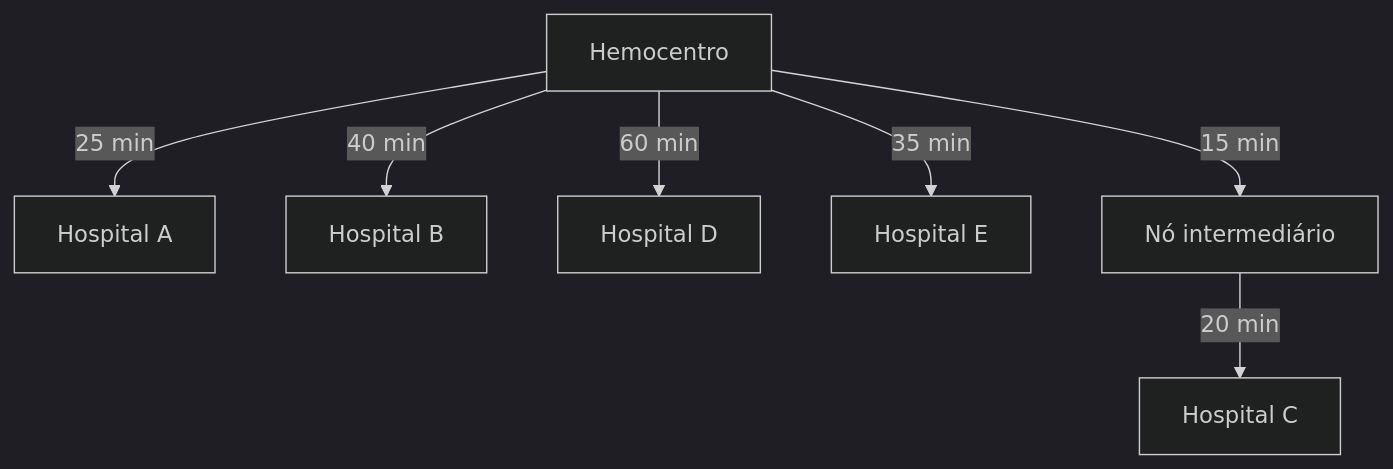
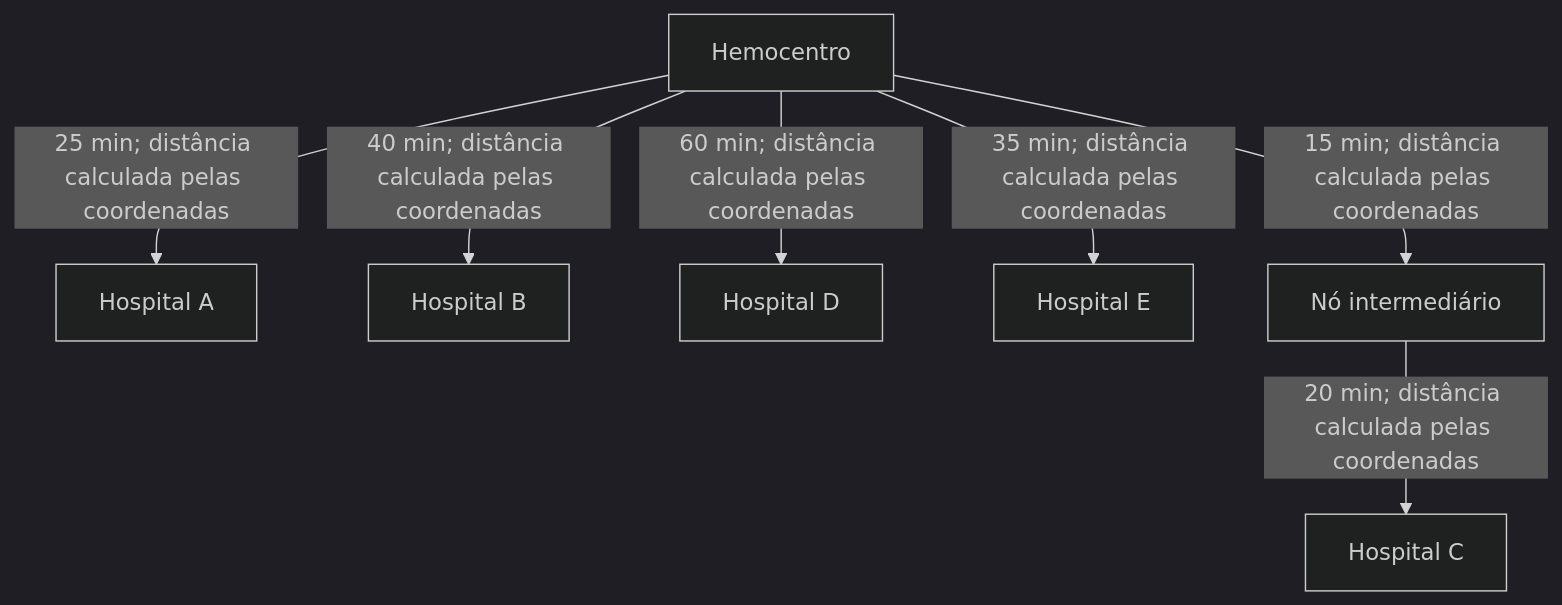
Before and after one commit to CMartinsO3/projeto_integrador_cesar2026.2: the diagram in docs/escopo-grafo.md, drawn with Mermaid (dark theme). The commit also changed other lines of this file and 200 other files, not shown here.

````diff
--- a/docs/escopo-grafo.md
+++ b/docs/escopo-grafo.md
@@ -59,17 +64,17 @@
 ```mermaid
 graph TD
     HC[Hemocentro]
     H1[Hospital A]
     H2[Hospital B]
     H3[Hospital C]
     H4[Hospital D]
     H5[Hospital E]
     INT[Nó intermediário]
 
-    HC -->|25 min| H1
-    HC -->|40 min| H2
-    HC -->|15 min| INT
-    INT -->|20 min| H3
-    HC -->|60 min| H4
-    HC -->|35 min| H5
+    HC -->|25 min; distância calculada pelas coordenadas| H1
+    HC -->|40 min; distância calculada pelas coordenadas| H2
+    HC -->|15 min; distância calculada pelas coordenadas| INT
+    INT -->|20 min; distância calculada pelas coordenadas| H3
+    HC -->|60 min; distância calculada pelas coordenadas| H4
+    HC -->|35 min; distância calculada pelas coordenadas| H5
 ```
````
